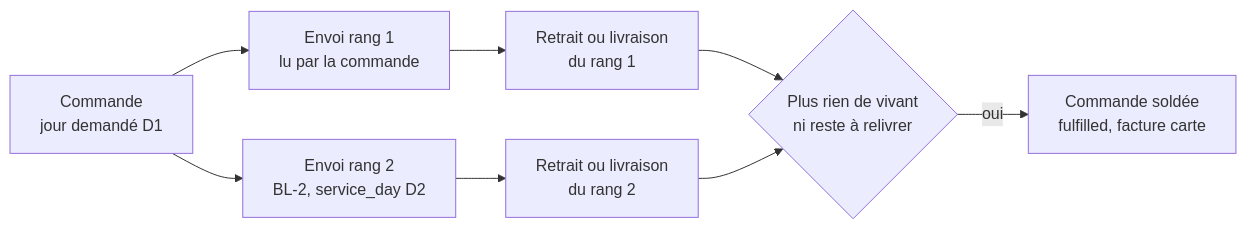
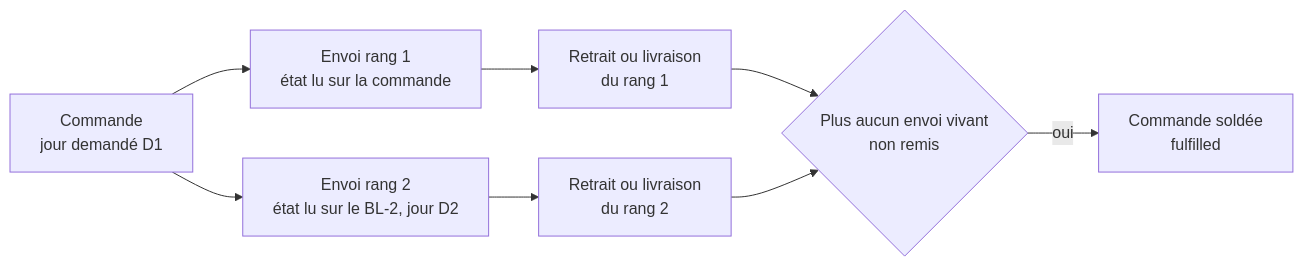
The first of 2 diagrams in documentation/commandes/plan-e7-reliquat-bati.md (hugoheynard/lfd), drawn with Mermaid before and after one commit. The commit also changed other lines of this file, not shown here.

````diff
--- a/documentation/commandes/plan-e7-reliquat-bati.md
+++ b/documentation/commandes/plan-e7-reliquat-bati.md
@@ -40,10 +64,10 @@
 ```mermaid
 flowchart LR
-    C["Commande<br/>jour demandé D1"] --> E1["Envoi rang 1<br/>lu par la commande"]
-    C --> E2["Envoi rang 2<br/>BL-2, service_day D2"]
+    C["Commande<br/>jour demandé D1"] --> E1["Envoi rang 1<br/>état lu sur la commande"]
+    C --> E2["Envoi rang 2<br/>état lu sur le BL-2, jour D2"]
     E1 --> R1["Retrait ou livraison<br/>du rang 1"]
     E2 --> R2["Retrait ou livraison<br/>du rang 2"]
-    R1 --> S{"Plus rien de vivant<br/>ni reste à relivrer"}
+    R1 --> S{"Plus aucun envoi vivant<br/>non remis"}
     R2 --> S
-    S -->|oui| F["Commande soldée<br/>fulfilled, facture carte"]
+    S -->|oui| F["Commande soldée<br/>fulfilled"]
 ```
````
